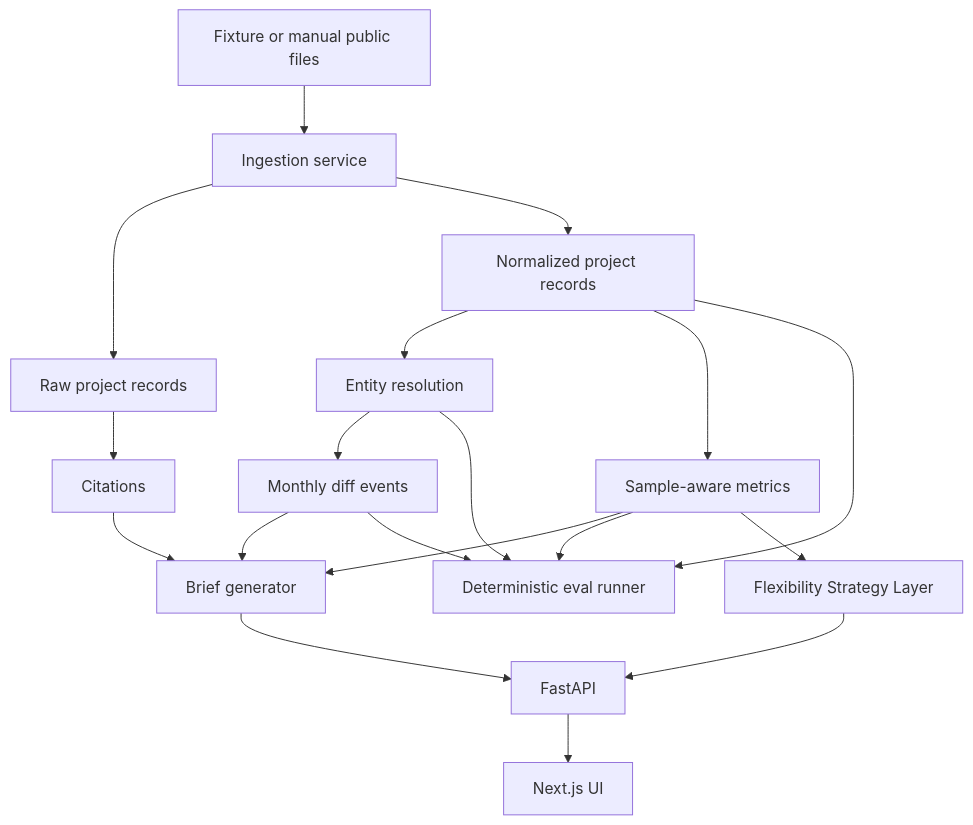
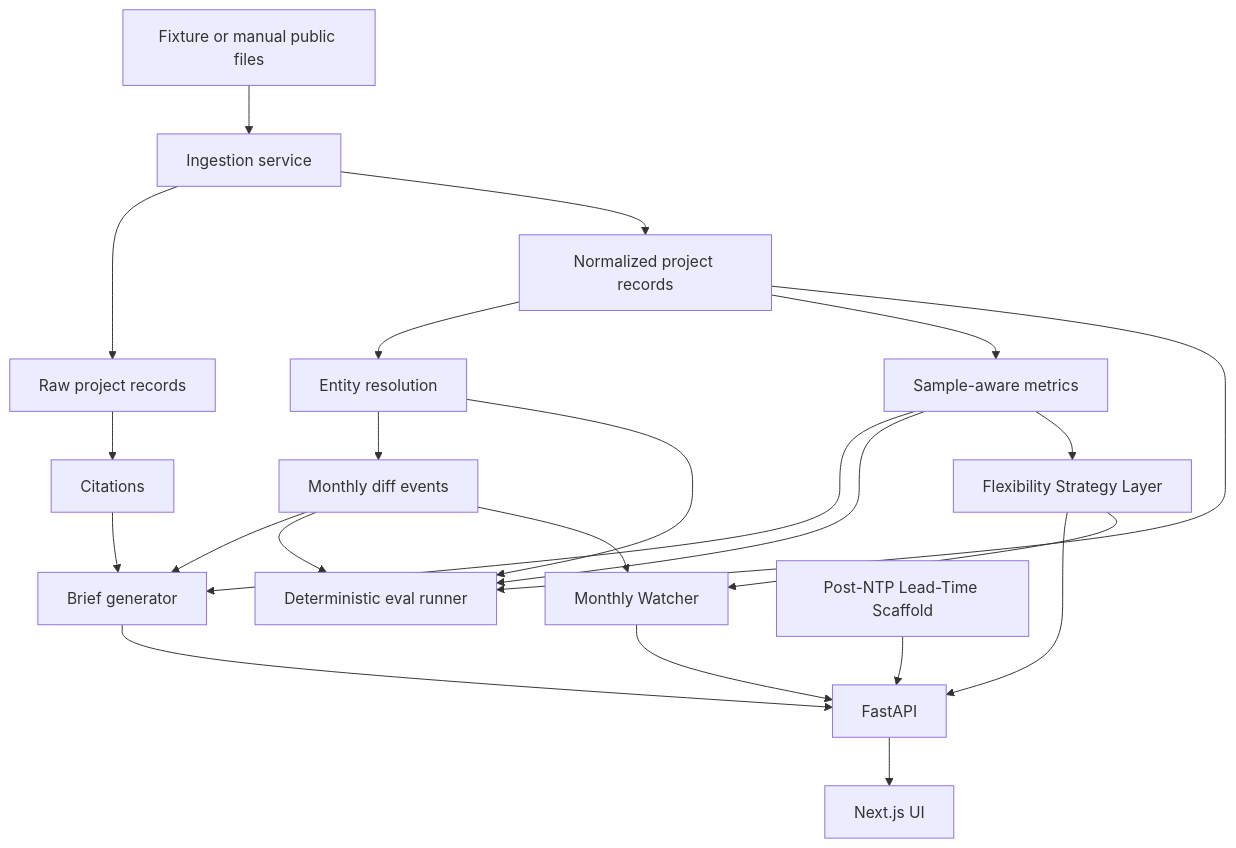
The diagram in README.md (Kakarottoooo/gridqueue-agent), drawn with Mermaid before and after one commit. The commit also changed other lines of this file and 11 other files, not shown here.

````diff
--- a/README.md
+++ b/README.md
@@ -26,21 +36,25 @@
 ```mermaid
 graph TD
   A["Fixture or manual public files"] --> B["Ingestion service"]
   B --> C["Raw project records"]
   B --> D["Normalized project records"]
   D --> E["Entity resolution"]
   E --> F["Monthly diff events"]
   D --> G["Sample-aware metrics"]
   C --> H["Citations"]
   F --> I["Brief generator"]
   G --> I
   H --> I
   I --> J["FastAPI"]
   J --> K["Next.js UI"]
   D --> L["Deterministic eval runner"]
   E --> L
   F --> L
   G --> L
   G --> M["Flexibility Strategy Layer"]
   M --> J
+  F --> N["Monthly Watcher"]
+  M --> N
+  N --> J
+  O["Post-NTP Lead-Time Scaffold"] --> J
 ```
````
